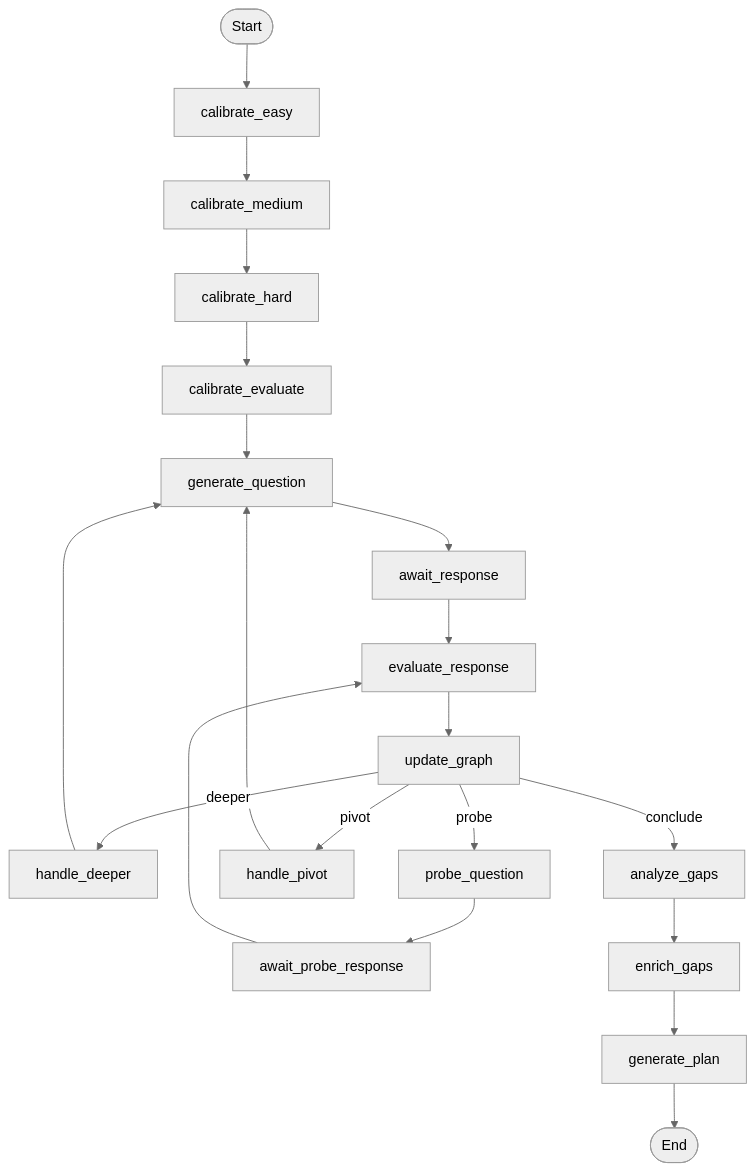
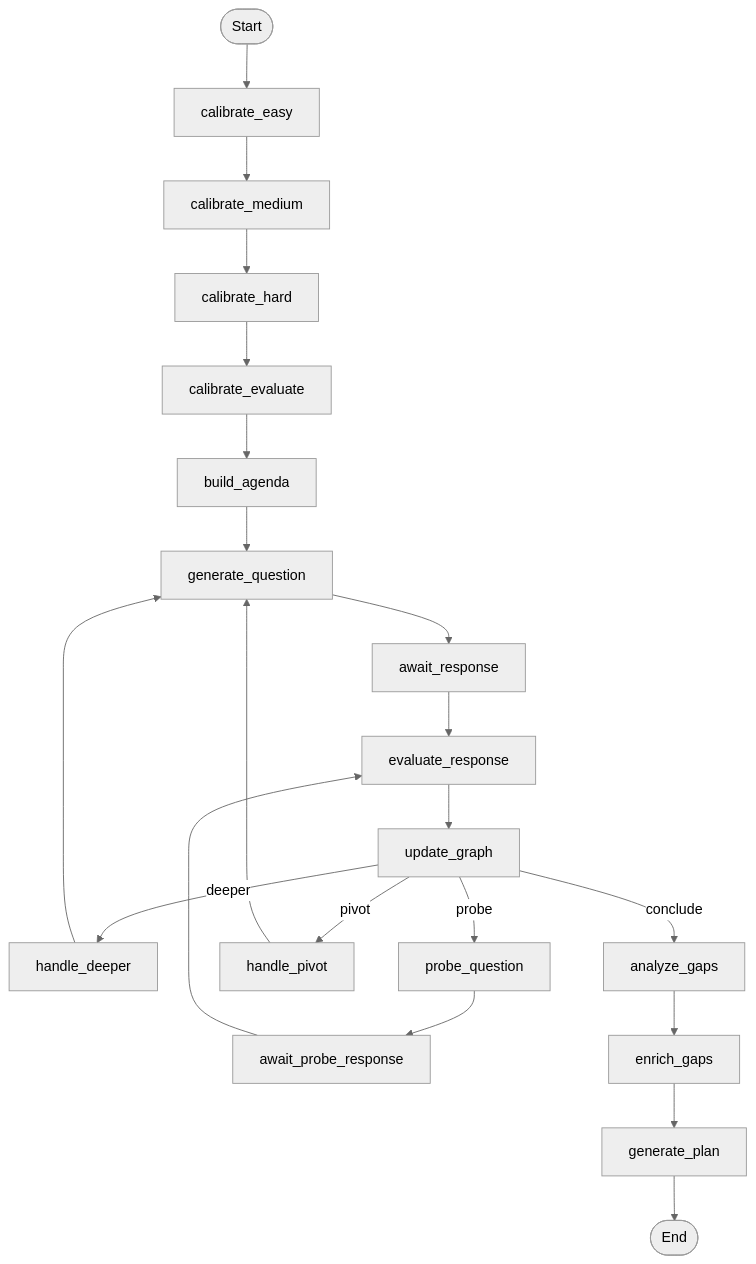
The first of 2 diagrams in docs/architecture/assessment-pipeline.md (onegunsamurai/OpenLearning), drawn with Mermaid (neutral theme) before and after one commit. The commit also changed other lines of this file and 7 other files, not shown here.

````diff
--- a/docs/architecture/assessment-pipeline.md
+++ b/docs/architecture/assessment-pipeline.md
@@ -11,26 +11,27 @@
 ```mermaid
 graph TD
     START([Start]) --> CE[calibrate_easy]
     CE --> CM[calibrate_medium]
     CM --> CH[calibrate_hard]
     CH --> CV[calibrate_evaluate]
 
-    CV --> GQ[generate_question]
+    CV --> BA[build_agenda]
+    BA --> GQ[generate_question]
     GQ --> AR[await_response]
     AR --> ER[evaluate_response]
     ER --> UG[update_graph]
 
     UG -->|deeper| HD[handle_deeper]
     UG -->|probe| PQ[probe_question]
     UG -->|pivot| HP[handle_pivot]
     UG -->|conclude| AG[analyze_gaps]
 
     HD --> GQ
     HP --> GQ
     PQ --> APR[await_probe_response]
     APR --> ER
 
     AG --> EG[enrich_gaps]
     EG --> GP[generate_plan]
     GP --> END([End])
 ```
````
